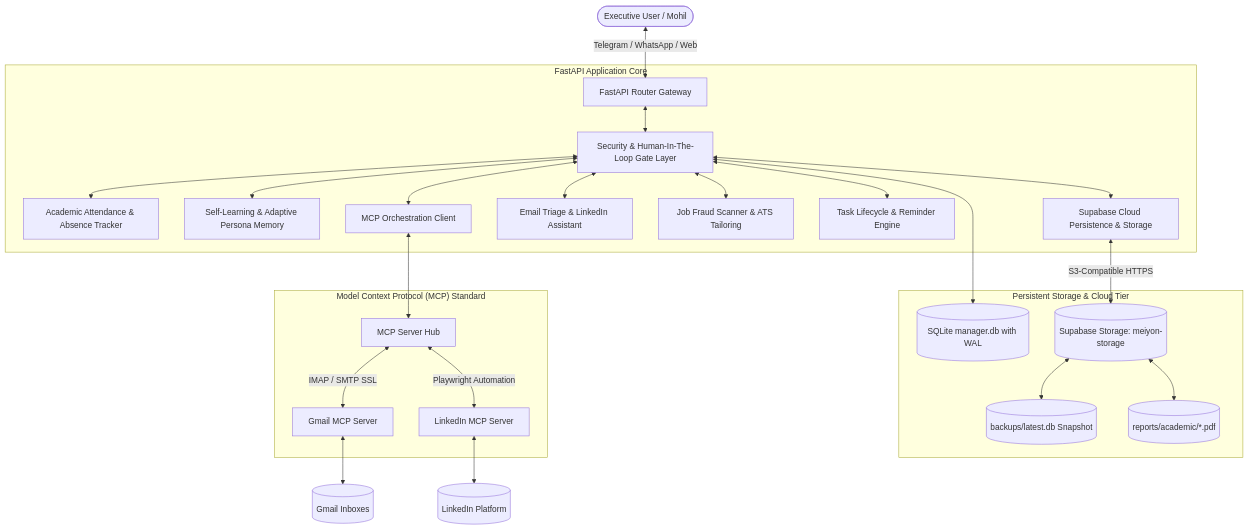
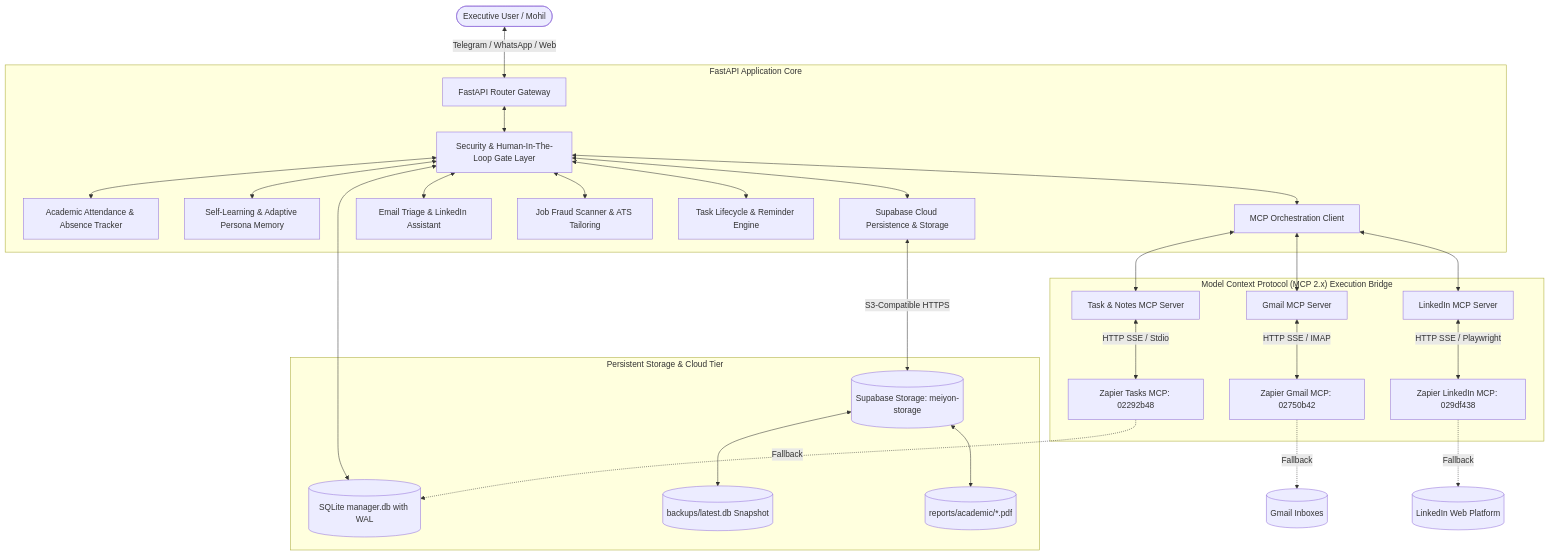
One commit to Mohilc/meiyonpersonalai changed the first of 5 diagrams in README.md. Above: the diagram before and after it, drawn with Mermaid. The commit also changed other lines of this file and 1 other file, not shown here.

Commit message:
docs(readme): expand documentation with Zapier MCP ecosystem, task matrix, architecture, and 71/71 tests

````diff
--- a/README.md
+++ b/README.md
@@ -90,32 +95,37 @@
 ```mermaid
 graph TD
     User([Executive User / Mohil]) <-->|Telegram / WhatsApp / Web| Gateway[FastAPI Router Gateway]
     
     subgraph "FastAPI Application Core"
         Gateway <--> SafetyGate[Security & Human-In-The-Loop Gate Layer]
         
         SafetyGate <--> AcademicSvc[Academic Attendance & Absence Tracker]
         SafetyGate <--> LearningSvc[Self-Learning & Adaptive Persona Memory]
         SafetyGate <--> SupabaseSvc[Supabase Cloud Persistence & Storage]
         SafetyGate <--> CommSvc[Email Triage & LinkedIn Assistant]
         SafetyGate <--> CareerSvc[Job Fraud Scanner & ATS Tailoring]
         SafetyGate <--> TaskSvc[Task Lifecycle & Reminder Engine]
         SafetyGate <--> MCPSvc[MCP Orchestration Client]
     end
 
     subgraph "Persistent Storage & Cloud Tier"
         SafetyGate <--> DB[(SQLite manager.db with WAL)]
         SupabaseSvc <-->|S3-Compatible HTTPS| SupabaseCloud[(Supabase Storage: meiyon-storage)]
         SupabaseCloud <--> CloudBackups[(backups/latest.db Snapshot)]
         SupabaseCloud <--> CloudReports[(reports/academic/*.pdf)]
     end
 
-    subgraph "Model Context Protocol (MCP) Standard"
-        MCPSvc <--> MCPServers[MCP Server Hub]
-        MCPServers <-->|IMAP / SMTP SSL| GmailServer[Gmail MCP Server]
-        MCPServers <-->|Playwright Automation| LinkedInServer[LinkedIn MCP Server]
+    subgraph "Model Context Protocol (MCP 2.x) Execution Bridge"
+        MCPSvc <--> TaskBridge[Task & Notes MCP Server]
+        MCPSvc <--> GmailBridge[Gmail MCP Server]
+        MCPSvc <--> LinkedInBridge[LinkedIn MCP Server]
+        
+        TaskBridge <-->|HTTP SSE / Stdio| ZapierTasks[Zapier Tasks MCP: 02292b48]
+        GmailBridge <-->|HTTP SSE / IMAP| ZapierGmail[Zapier Gmail MCP: 02750b42]
+        LinkedInBridge <-->|HTTP SSE / Playwright| ZapierLinkedIn[Zapier LinkedIn MCP: 029df438]
     end
 
-    GmailServer <--> GmailAPI[(Gmail Inboxes)]
-    LinkedInServer <--> LinkedInWeb[(LinkedIn Platform)]
+    ZapierTasks -.->|Fallback| DB
+    ZapierGmail -.->|Fallback| GmailAPI[(Gmail Inboxes)]
+    ZapierLinkedIn -.->|Fallback| LinkedInWeb[(LinkedIn Web Platform)]
 ```
````
